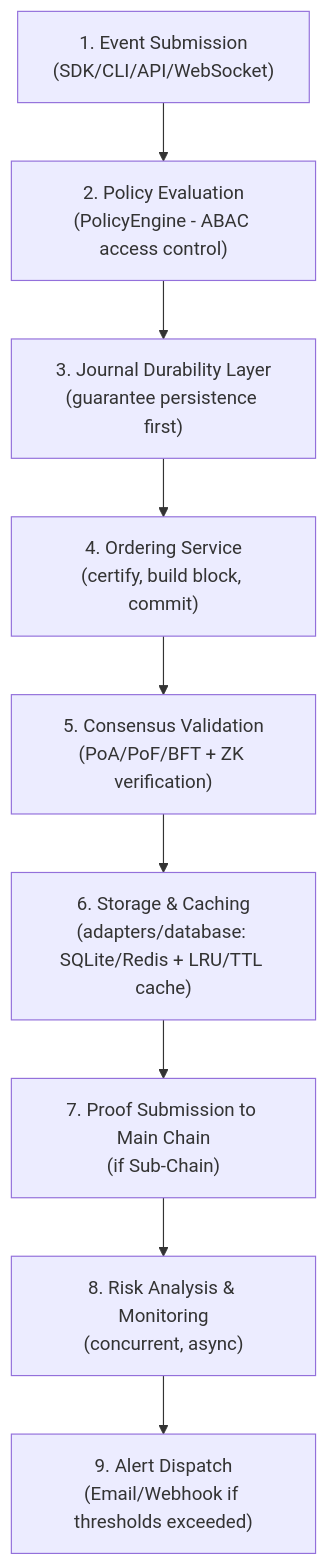
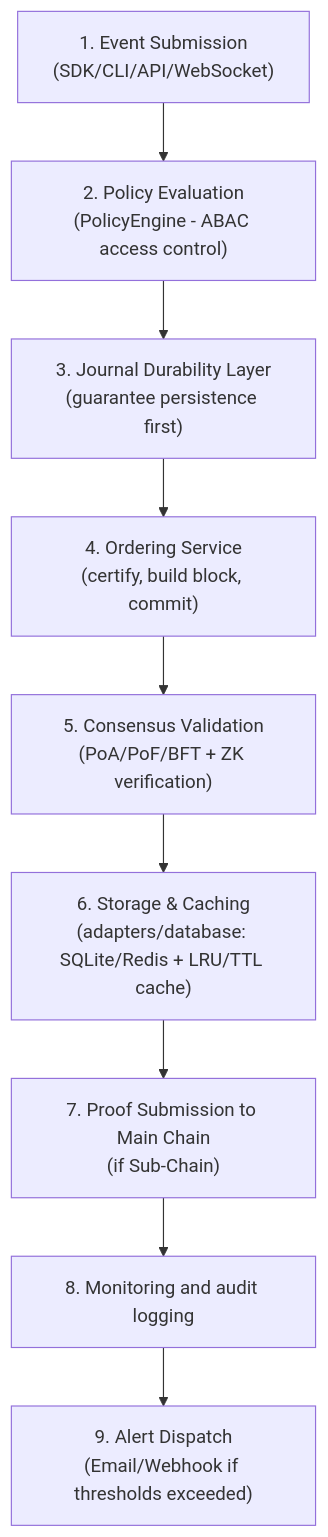
One commit to VanDung-dev/HieraChain changed the fourth of 4 diagrams in docs/CODEBASE_REFERENCE.md. Above: the diagram before and after it, drawn with Mermaid. The commit also changed other lines of this file and 31 other files, not shown here.

````diff
--- a/docs/CODEBASE_REFERENCE.md
+++ b/docs/CODEBASE_REFERENCE.md
@@ -485,11 +446,11 @@
 ```mermaid
 flowchart TD
     A["1. Event Submission<br/>(SDK/CLI/API/WebSocket)"] --> B["2. Policy Evaluation<br/>(PolicyEngine - ABAC access control)"]
     B --> C["3. Journal Durability Layer<br/>(guarantee persistence first)"]
     C --> D["4. Ordering Service<br/>(certify, build block, commit)"]
     D --> E["5. Consensus Validation<br/>(PoA/PoF/BFT + ZK verification)"]
     E --> F["6. Storage & Caching<br/>(adapters/database: SQLite/Redis + LRU/TTL cache)"]
     F --> G["7. Proof Submission to Main Chain<br/>(if Sub-Chain)"]
-    G --> H["8. Risk Analysis & Monitoring<br/>(concurrent, async)"]
+    G --> H["8. Monitoring and audit logging"]
     H --> I["9. Alert Dispatch<br/>(Email/Webhook if thresholds exceeded)"]
 ```
````
